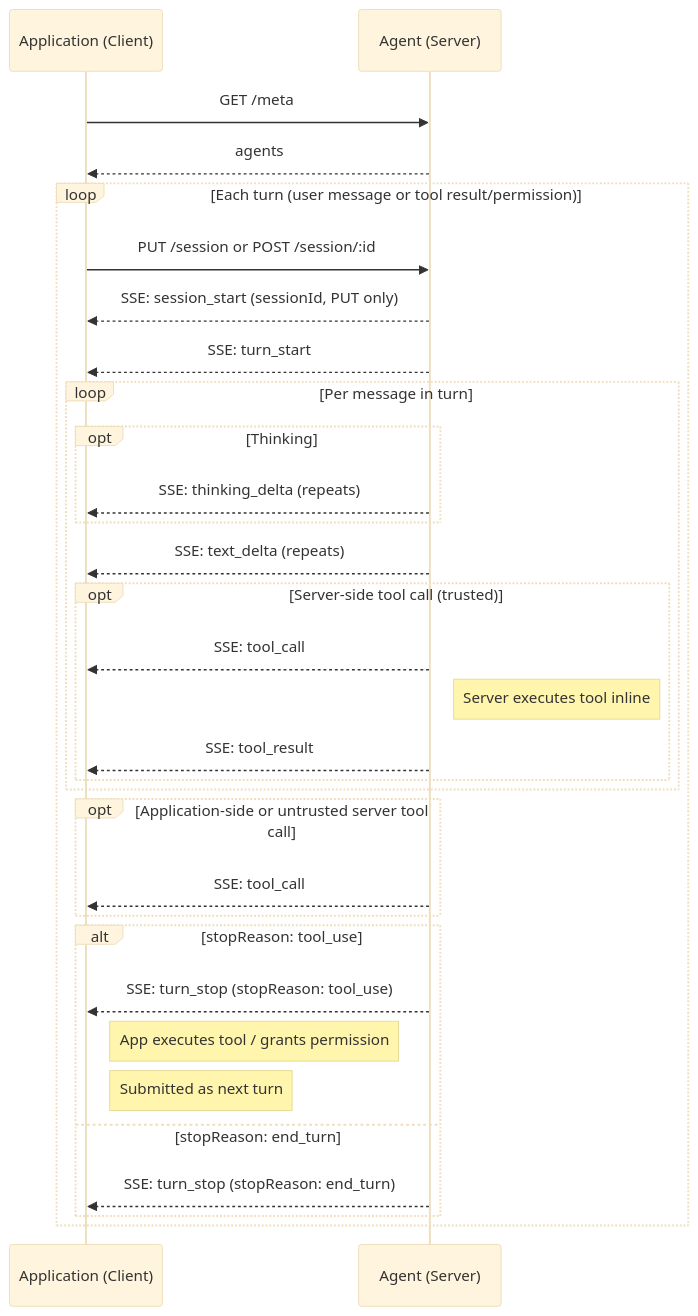
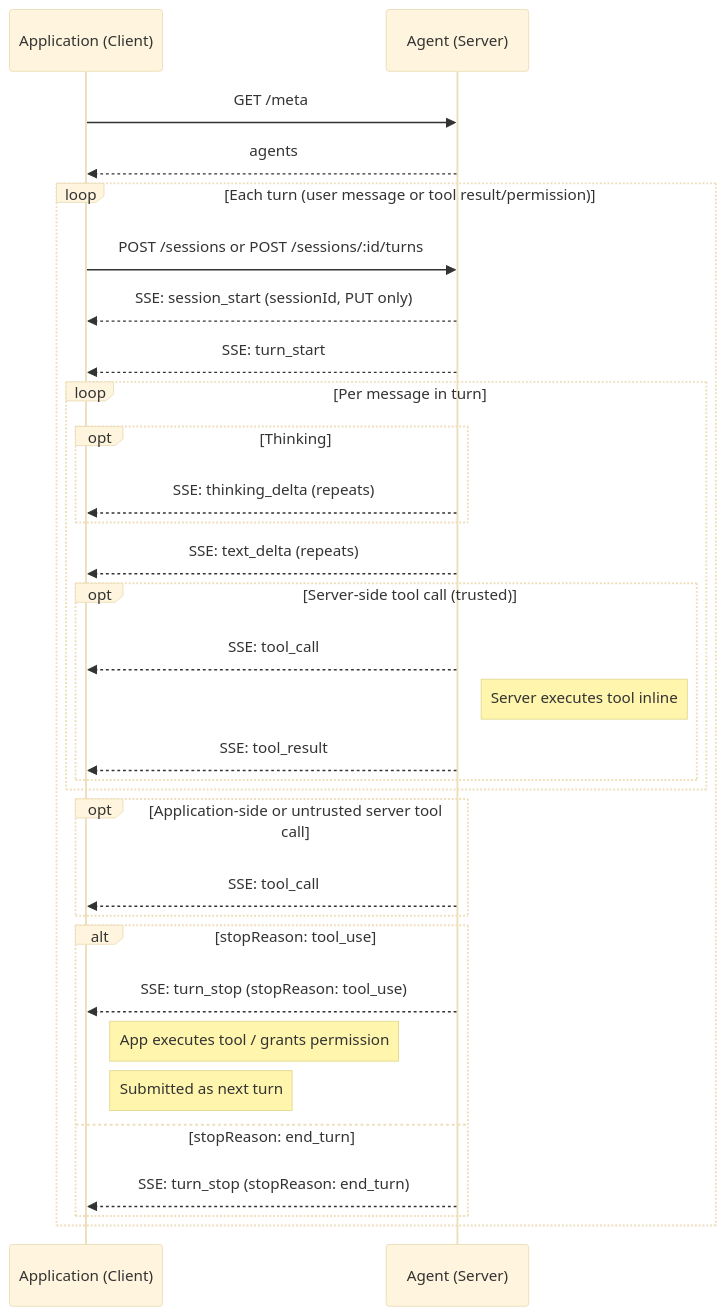
Before and after one commit to agentapplicationprotocol/agent-application-protocol: the diagram in docs/response.md, drawn with Mermaid (base theme). The commit also changed other lines of this file and 3 other files, not shown here.

````diff
--- a/docs/response.md
+++ b/docs/response.md
@@ -309,35 +309,35 @@
 ```mermaid
 sequenceDiagram
     participant App as Application (Client)
     participant Agent as Agent (Server)
 
     App->>Agent: GET /meta
     Agent-->>App: agents
 
     loop Each turn (user message or tool result/permission)
-        App->>Agent: PUT /session or POST /session/:id
+        App->>Agent: POST /sessions or POST /sessions/:id/turns
         Agent-->>App: SSE: session_start (sessionId, PUT only)
         Agent-->>App: SSE: turn_start
         loop Per message in turn
             opt Thinking
                 Agent-->>App: SSE: thinking_delta (repeats)
             end
             Agent-->>App: SSE: text_delta (repeats)
             opt Server-side tool call (trusted)
                 Agent-->>App: SSE: tool_call
                 Note right of Agent: Server executes tool inline
                 Agent-->>App: SSE: tool_result
             end
         end
         opt Application-side or untrusted server tool call
             Agent-->>App: SSE: tool_call
         end
         alt stopReason: tool_use
             Agent-->>App: SSE: turn_stop (stopReason: tool_use)
             Note right of App: App executes tool / grants permission
             Note right of App: Submitted as next turn
         else stopReason: end_turn
             Agent-->>App: SSE: turn_stop (stopReason: end_turn)
         end
     end
 ```
````
